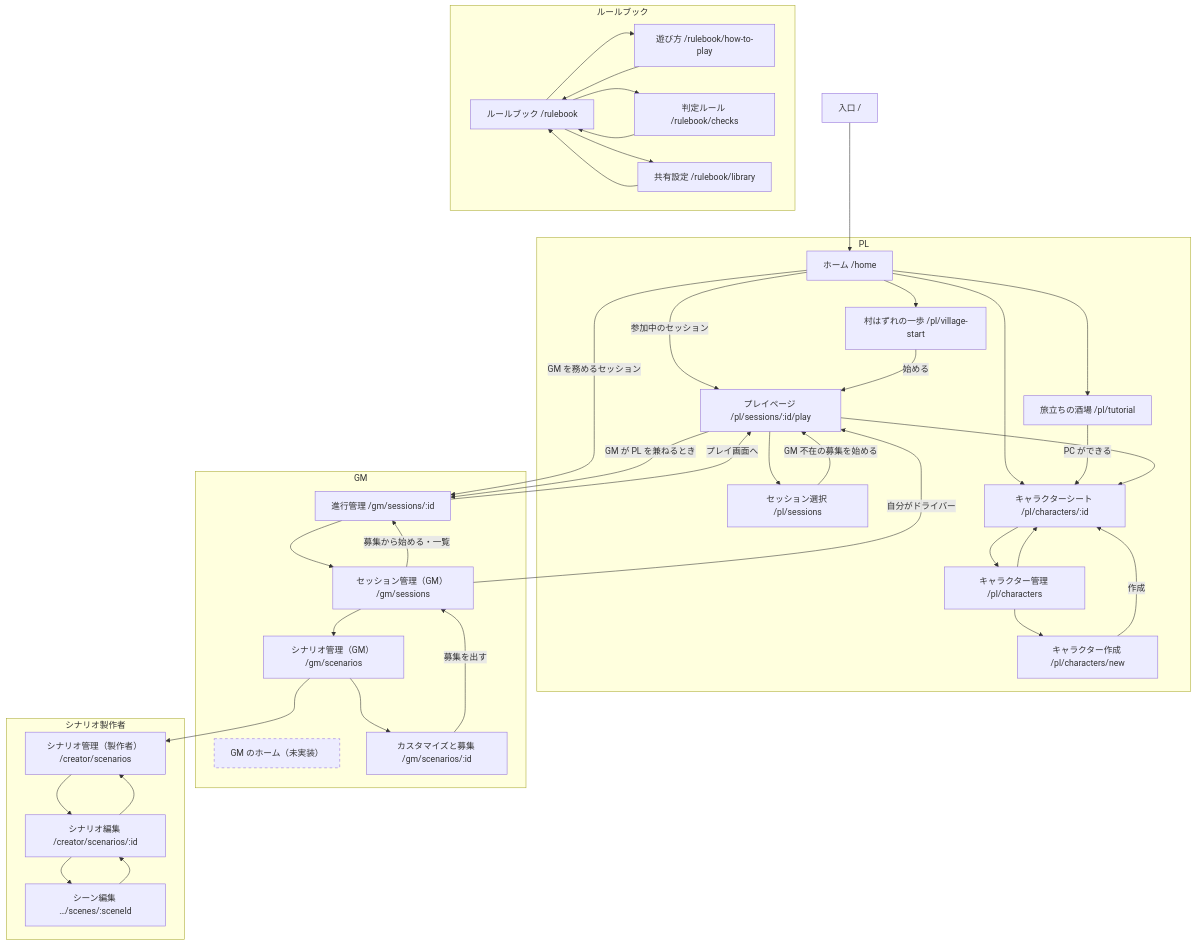
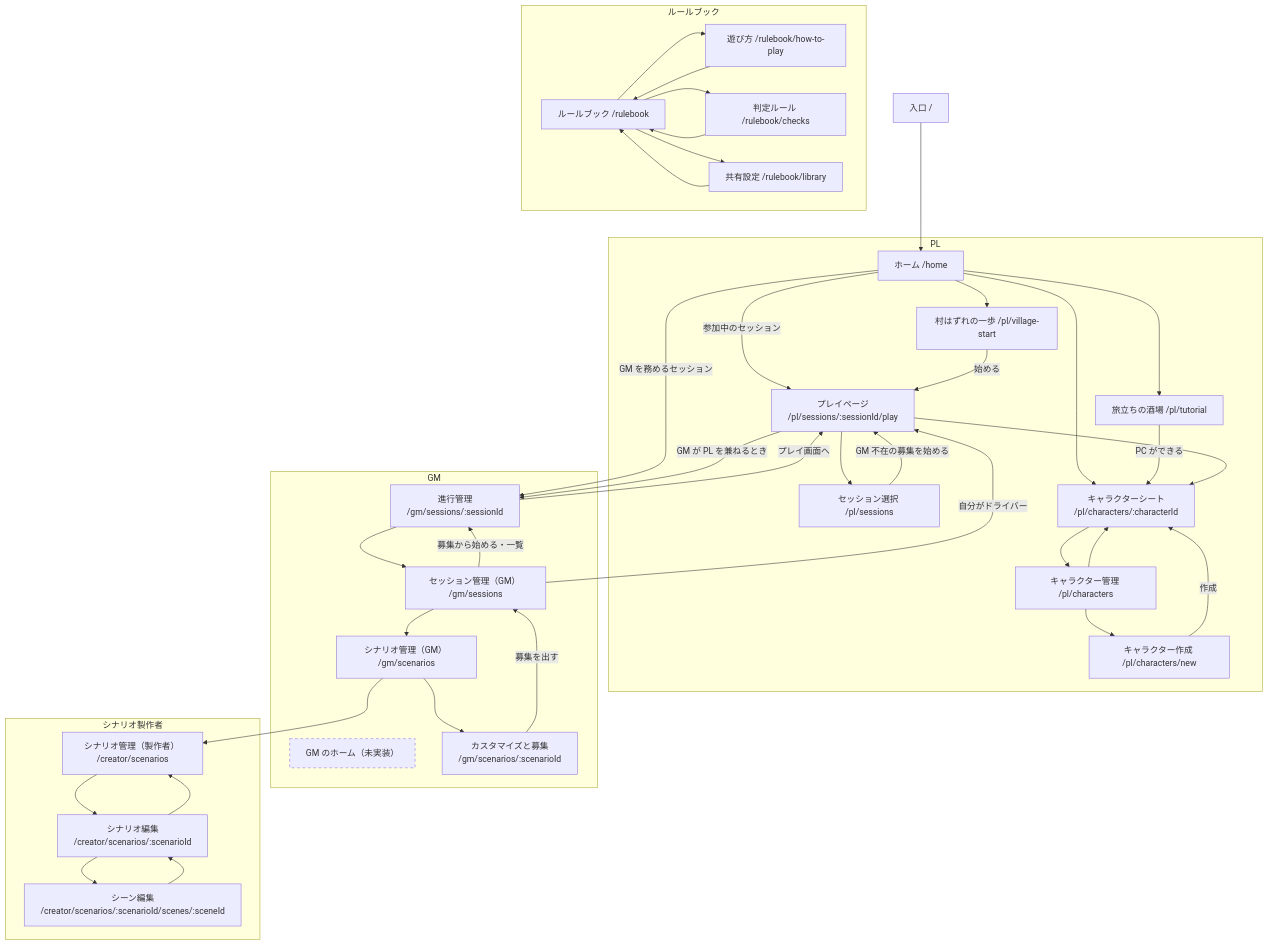
One commit to hibohiboo/CarTaGraphFantasy changed the diagram in docs/screens/index.md. Above: the diagram before and after it, drawn with Mermaid. The commit also changed other lines of this file and 10 other files, not shown here.

First line of the commit message:
chore: 画面一覧・導線図とルート定義の食い違いを docs:build で止める

````diff
--- a/docs/screens/index.md
+++ b/docs/screens/index.md
@@ -11,66 +12,66 @@
 ```mermaid
 flowchart TB
   entrance["入口 /"] --> home
 
   subgraph PL["PL"]
     home["ホーム /home"]
     tutorial["旅立ちの酒場 /pl/tutorial"]
     village["村はずれの一歩 /pl/village-start"]
     browse["セッション選択 /pl/sessions"]
-    play["プレイページ /pl/sessions/:id/play"]
+    play["プレイページ<br/>/pl/sessions/:sessionId/play"]
     charList["キャラクター管理 /pl/characters"]
     charNew["キャラクター作成 /pl/characters/new"]
-    charSheet["キャラクターシート /pl/characters/:id"]
+    charSheet["キャラクターシート<br/>/pl/characters/:characterId"]
   end
 
   subgraph GM["GM"]
     gmHome["GM のホーム（未実装）"]:::missing
     gmScenarios["シナリオ管理（GM） /gm/scenarios"]
-    gmScenario["カスタマイズと募集 /gm/scenarios/:id"]
+    gmScenario["カスタマイズと募集<br/>/gm/scenarios/:scenarioId"]
     gmSessions["セッション管理（GM） /gm/sessions"]
-    gmSession["進行管理 /gm/sessions/:id"]
+    gmSession["進行管理<br/>/gm/sessions/:sessionId"]
   end
 
   subgraph CR["シナリオ製作者"]
     crList["シナリオ管理（製作者） /creator/scenarios"]
-    crEdit["シナリオ編集 /creator/scenarios/:id"]
-    crScene["シーン編集 …/scenes/:sceneId"]
+    crEdit["シナリオ編集<br/>/creator/scenarios/:scenarioId"]
+    crScene["シーン編集<br/>/creator/scenarios/:scenarioId/scenes/:sceneId"]
   end
 
   subgraph RB["ルールブック"]
     rbToc["ルールブック /rulebook"]
     rbHow["遊び方 /rulebook/how-to-play"]
     rbChecks["判定ルール /rulebook/checks"]
     rbLib["共有設定 /rulebook/library"]
   end
 
   home --> tutorial & village & charSheet
   home -->|参加中のセッション| play
   home -->|GM を務めるセッション| gmSession
   tutorial -->|PC ができる| charSheet
   village -->|始める| play
   browse -->|GM 不在の募集を始める| play
   charList --> charNew & charSheet
   charNew -->|作成| charSheet
   charSheet --> charList
   play --> charSheet & browse
   play -->|GM が PL を兼ねるとき| gmSession
 
   gmScenarios --> gmScenario
   gmScenarios --> crList
   gmScenario -->|募集を出す| gmSessions
   gmSessions --> gmScenarios
   gmSessions -->|募集から始める・一覧| gmSession
   gmSessions -->|自分がドライバー| play
   gmSession --> gmSessions
   gmSession -->|プレイ画面へ| play
 
   crList --> crEdit
   crEdit --> crScene & crList
   crScene --> crEdit
 
   rbToc --> rbHow & rbChecks & rbLib
   rbHow & rbChecks & rbLib --> rbToc
 
   classDef missing stroke-dasharray: 5 5
 ```
````
